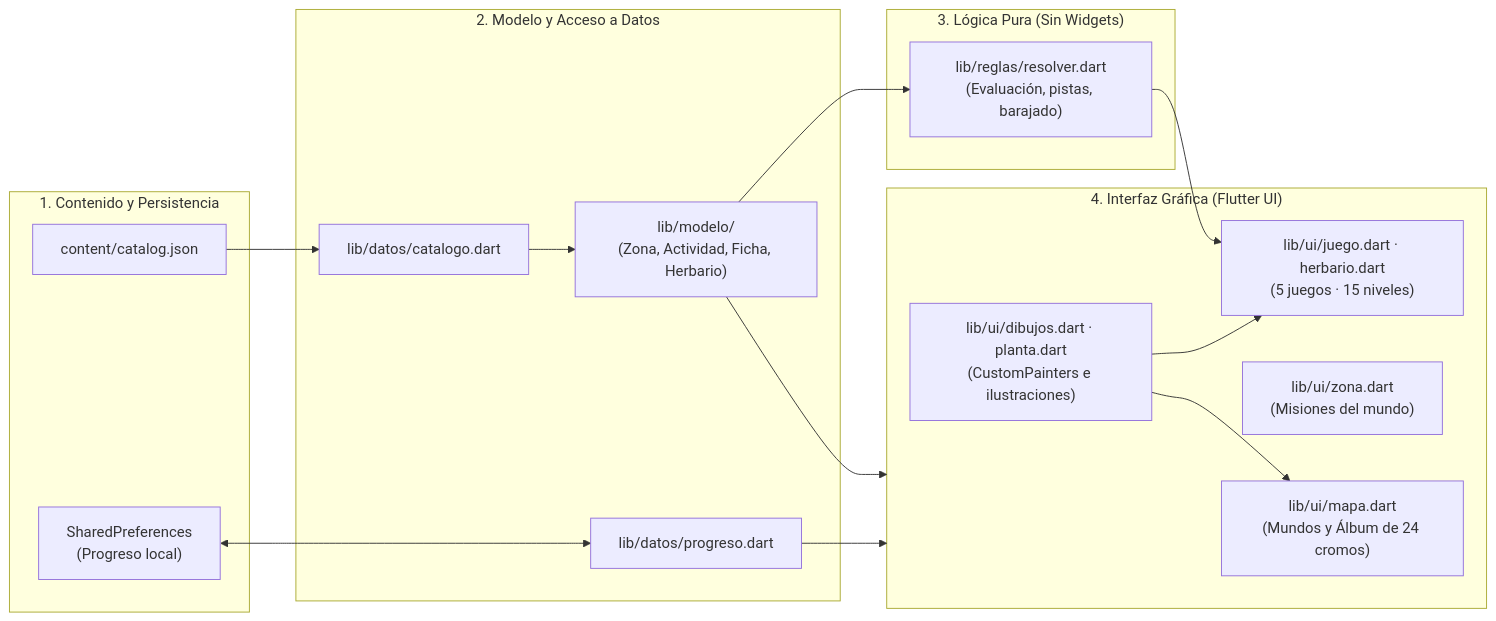
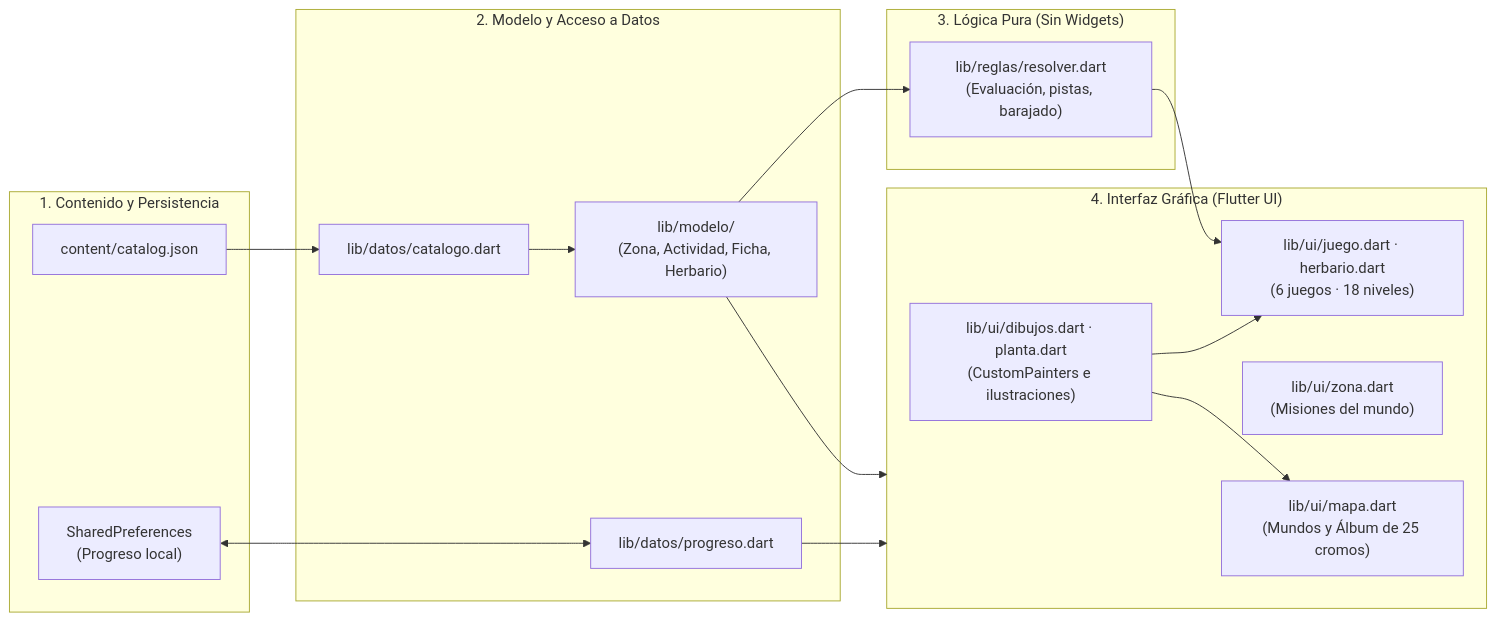
One commit to imoroc/NaturalMente changed the first of 2 diagrams in README.md. Above: the diagram before and after it, drawn with Mermaid. The commit also changed other lines of this file and 22 other files, not shown here.

````diff
--- a/README.md
+++ b/README.md
@@ -63,34 +64,34 @@
 ```mermaid
 flowchart LR
   subgraph Datos["1. Contenido y Persistencia"]
     JSON["content/catalog.json"]
     PREFS["SharedPreferences\n(Progreso local)"]
   end
 
   subgraph Dominio["2. Modelo y Acceso a Datos"]
     CAT["lib/datos/catalogo.dart"]
     PROG["lib/datos/progreso.dart"]
     MOD["lib/modelo/\n(Zona, Actividad, Ficha, Herbario)"]
   end
 
   subgraph Reglas["3. Lógica Pura (Sin Widgets)"]
     RES["lib/reglas/resolver.dart\n(Evaluación, pistas, barajado)"]
   end
 
   subgraph Interfaz["4. Interfaz Gráfica (Flutter UI)"]
-    MAPA["lib/ui/mapa.dart\n(Mundos y Álbum de 24 cromos)"]
+    MAPA["lib/ui/mapa.dart\n(Mundos y Álbum de 25 cromos)"]
     ZONA["lib/ui/zona.dart\n(Misiones del mundo)"]
-    JUEGO["lib/ui/juego.dart · herbario.dart\n(5 juegos · 15 niveles)"]
+    JUEGO["lib/ui/juego.dart · herbario.dart\n(6 juegos · 18 niveles)"]
     DIB["lib/ui/dibujos.dart · planta.dart\n(CustomPainters e ilustraciones)"]
   end
 
   JSON --> CAT
   PREFS <--> PROG
   CAT --> MOD
   MOD --> RES
   MOD --> Interfaz
   PROG --> Interfaz
   RES --> JUEGO
   DIB --> JUEGO
   DIB --> MAPA
 ```
````
